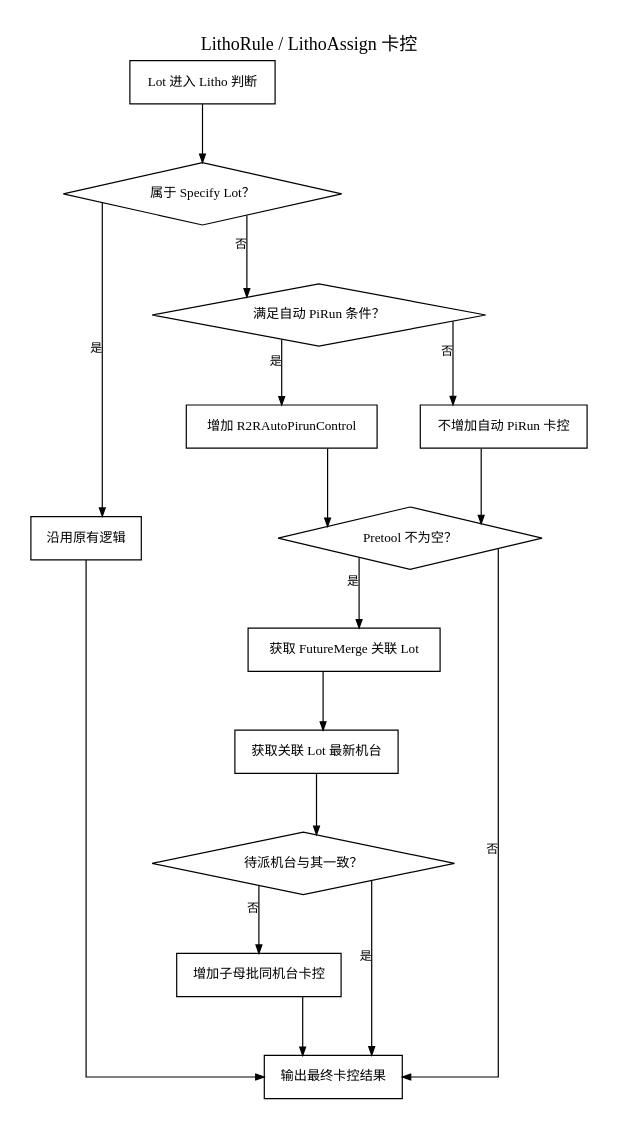
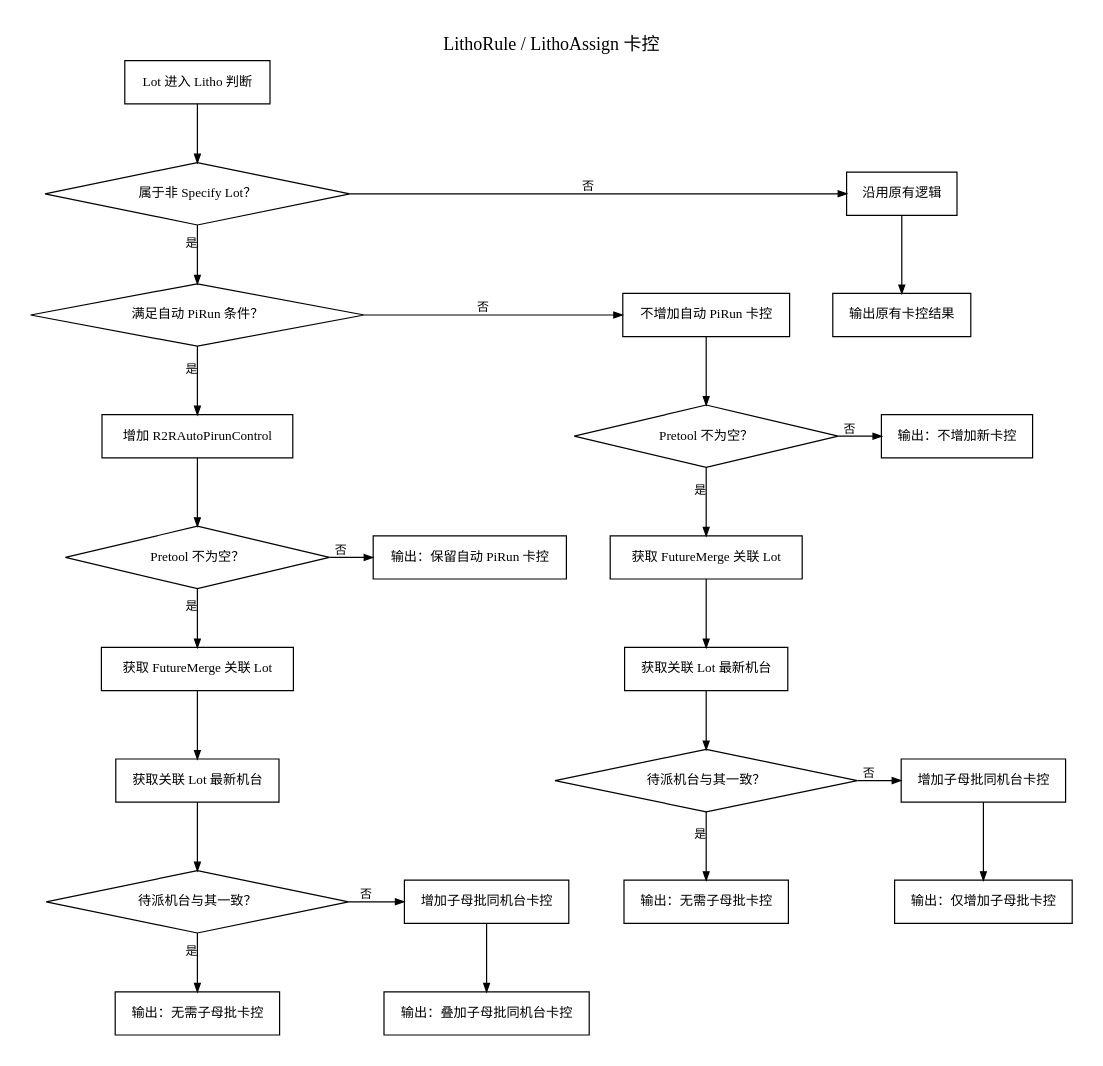
Before and after one commit to laanthony06-spec/AI: the diagram in 00.raw-materials/90.processed/LithoAutoPiRun/流程图/Graphviz优化版/05_LithoRule_LithoAssign卡控.dot, drawn with Graphviz. The commit also changed 42 other files, not shown here.

```diff
--- a/00.raw-materials/90.processed/LithoAutoPiRun/流程图/Graphviz优化版/05_LithoRule_LithoAssign卡控.dot
+++ b/00.raw-materials/90.processed/LithoAutoPiRun/流程图/Graphviz优化版/05_LithoRule_LithoAssign卡控.dot
@@ -1,59 +1,86 @@
 digraph LithoRuleAssignControl {
   graph [
     charset="UTF-8",
     rankdir=TB,
     splines=ortho,
     bgcolor="white",
     pad=0.25,
     nodesep=0.5,
     ranksep=0.68,
     fontname="Microsoft YaHei",
     fontsize=15,
     labelloc="t",
     label="LithoRule / LithoAssign 卡控"
   ];
   node [
     shape=box,
     style="solid",
     color="black",
     fontcolor="black",
     fontname="Microsoft YaHei",
     fontsize=11,
     margin="0.16,0.10"
   ];
   edge [
     color="black",
     fontcolor="black",
     fontname="Microsoft YaHei",
     fontsize=10,
     arrowsize=0.7
   ];
 
   start [label="Lot 进入 Litho 判断"];
-  specify [shape=diamond, label="属于 Specify Lot？"];
+  specify [shape=diamond, label="属于非 Specify Lot？"];
   original [label="沿用原有逻辑"];
+  original_output [label="输出原有卡控结果"];
   auto_cond [shape=diamond, label="满足自动 PiRun 条件？"];
   auto_hold [label="增加 R2RAutoPirunControl"];
   auto_pass [label="不增加自动 PiRun 卡控"];
-  pretool [shape=diamond, label="Pretool 不为空？"];
-  relation [label="获取 FutureMerge 关联 Lot"];
-  last_tool [label="获取关联 Lot 最新机台"];
-  same [shape=diamond, label="待派机台与其一致？"];
-  parent_hold [label="增加子母批同机台卡控"];
-  output [label="输出最终卡控结果"];
+  pretool_hold [shape=diamond, label="Pretool 不为空？"];
+  relation_hold [label="获取 FutureMerge 关联 Lot"];
+  last_tool_hold [label="获取关联 Lot 最新机台"];
+  same_hold [shape=diamond, label="待派机台与其一致？"];
+  parent_hold_hold [label="增加子母批同机台卡控"];
+  output_hold_empty [label="输出：保留自动 PiRun 卡控"];
+  output_hold_same [label="输出：无需子母批卡控"];
+  output_hold_parent [label="输出：叠加子母批同机台卡控"];
+  pretool_pass [shape=diamond, label="Pretool 不为空？"];
+  relation_pass [label="获取 FutureMerge 关联 Lot"];
+  last_tool_pass [label="获取关联 Lot 最新机台"];
+  same_pass [shape=diamond, label="待派机台与其一致？"];
+  parent_hold_pass [label="增加子母批同机台卡控"];
+  output_pass_empty [label="输出：不增加新卡控"];
+  output_pass_same [label="输出：无需子母批卡控"];
+  output_pass_parent [label="输出：仅增加子母批卡控"];
 
-  start -> specify;
-  specify -> original [xlabel="是"];
-  original -> output;
-  specify -> auto_cond [xlabel="否"];
-  auto_cond -> auto_hold [xlabel="是"];
-  auto_cond -> auto_pass [xlabel="否"];
-  auto_hold -> pretool;
-  auto_pass -> pretool;
-  pretool -> output [xlabel="否"];
-  pretool -> relation [xlabel="是"];
-  relation -> last_tool -> same;
-  same -> output [xlabel="是"];
-  same -> parent_hold [xlabel="否"];
-  parent_hold -> output;
+  start:s -> specify:n;
+  { rank=same; specify; original; }
+  specify:e -> original:w [xlabel="否", constraint=false];
+  original:s -> original_output:n;
+  specify:s -> auto_cond:n [xlabel="是"];
+  auto_cond:s -> auto_hold:n [xlabel="是"];
+  { rank=same; auto_cond; auto_pass; }
+  auto_cond:e -> auto_pass:w [xlabel="否", constraint=false];
+
+  auto_hold:s -> pretool_hold:n;
+  pretool_hold:s -> relation_hold:n [xlabel="是"];
+  relation_hold:s -> last_tool_hold:n;
+  last_tool_hold:s -> same_hold:n;
+  same_hold:s -> output_hold_same:n [xlabel="是"];
+  { rank=same; same_hold; parent_hold_hold; }
+  same_hold:e -> parent_hold_hold:w [xlabel="否", constraint=false];
+  parent_hold_hold:s -> output_hold_parent:n;
+  { rank=same; pretool_hold; output_hold_empty; }
+  pretool_hold:e -> output_hold_empty:w [xlabel="否", constraint=false];
+
+  auto_pass:s -> pretool_pass:n;
+  pretool_pass:s -> relation_pass:n [xlabel="是"];
+  relation_pass:s -> last_tool_pass:n;
+  last_tool_pass:s -> same_pass:n;
+  same_pass:s -> output_pass_same:n [xlabel="是"];
+  { rank=same; same_pass; parent_hold_pass; }
+  same_pass:e -> parent_hold_pass:w [xlabel="否", constraint=false];
+  parent_hold_pass:s -> output_pass_parent:n;
+  { rank=same; pretool_pass; output_pass_empty; }
+  pretool_pass:e -> output_pass_empty:w [xlabel="否", constraint=false];
 }
```
